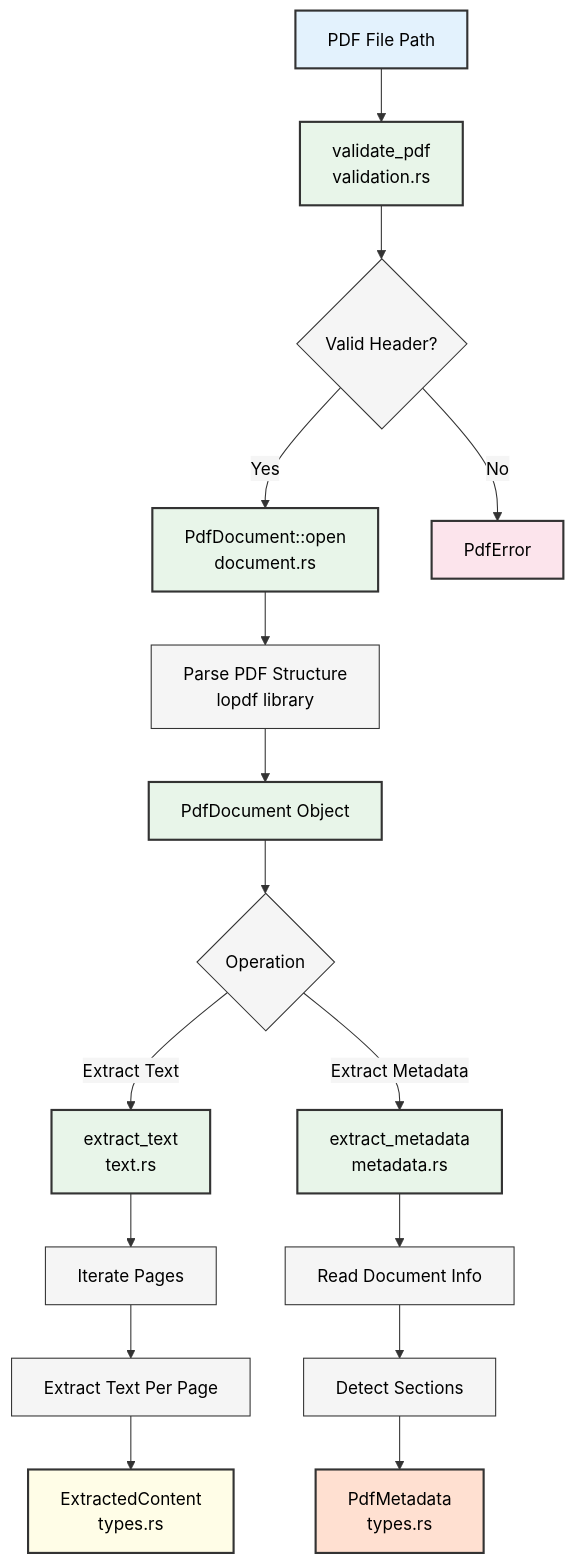
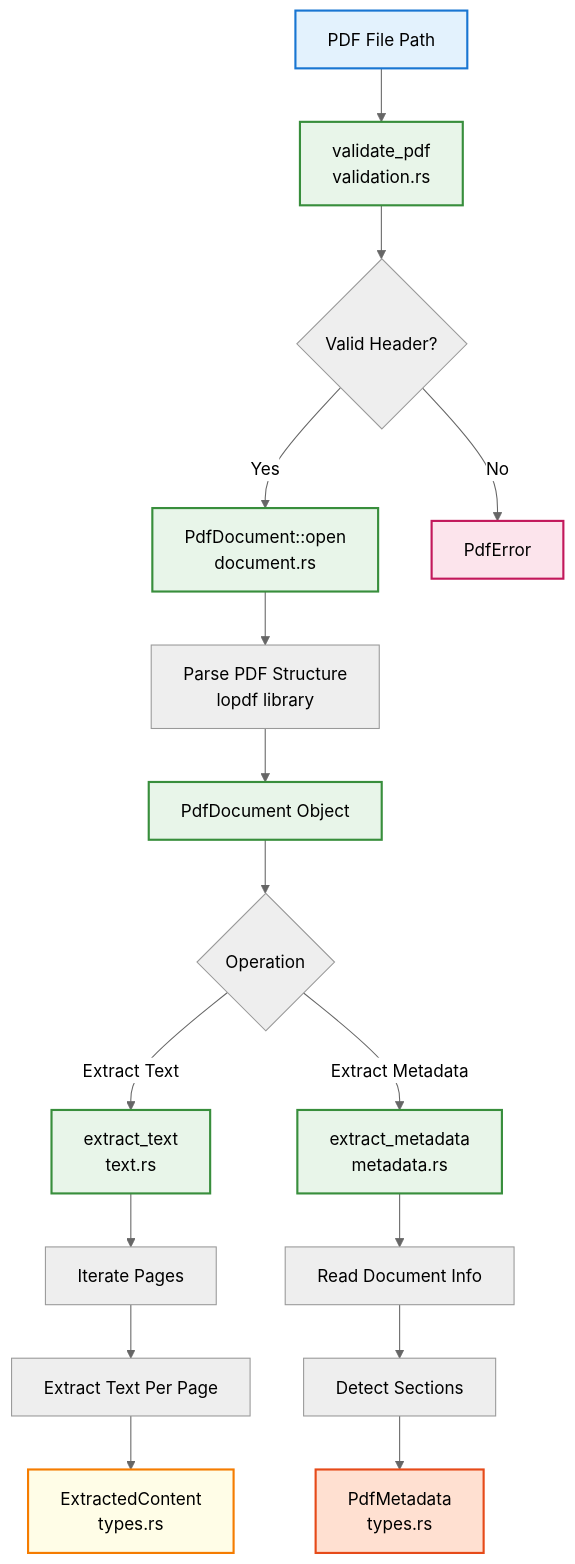
The first of 3 diagrams in wiki/PDF-Processing-Component.md (softwarewrighter/pdf2md), drawn with Mermaid before and after one commit. The commit also changed 7 other files, not shown here.

First line of the commit message:
fix: update mermaid diagrams for GitHub dark mode compatibility

````diff
--- a/wiki/PDF-Processing-Component.md
+++ b/wiki/PDF-Processing-Component.md
@@ -28,33 +28,33 @@
 ```mermaid
-%%{init: {'theme':'base', 'themeVariables': {'primaryColor':'#f5f5f5','primaryTextColor':'#000','primaryBorderColor':'#333','lineColor':'#333','secondaryColor':'#f5f5f5','tertiaryColor':'#f5f5f5'}}}%%
+%%{init: {'theme':'neutral'}}%%
 graph TB
     A[PDF File Path] --> B[validate_pdf<br/>validation.rs]
     B --> C{Valid Header?}
     C -->|Yes| D[PdfDocument::open<br/>document.rs]
     C -->|No| E[PdfError]
 
     D --> F[Parse PDF Structure<br/>lopdf library]
     F --> G[PdfDocument Object]
 
     G --> H{Operation}
     H -->|Extract Text| I[extract_text<br/>text.rs]
     H -->|Extract Metadata| J[extract_metadata<br/>metadata.rs]
 
     I --> K[Iterate Pages]
     K --> L[Extract Text Per Page]
     L --> M[ExtractedContent<br/>types.rs]
 
     J --> N[Read Document Info]
     N --> O[Detect Sections]
     O --> P[PdfMetadata<br/>types.rs]
 
-    style A fill:#e3f2fd,stroke:#333,stroke-width:2px,color:#000
-    style B fill:#e8f5e9,stroke:#333,stroke-width:2px,color:#000
-    style D fill:#e8f5e9,stroke:#333,stroke-width:2px,color:#000
-    style G fill:#e8f5e9,stroke:#333,stroke-width:2px,color:#000
-    style I fill:#e8f5e9,stroke:#333,stroke-width:2px,color:#000
-    style J fill:#e8f5e9,stroke:#333,stroke-width:2px,color:#000
-    style M fill:#fffde7,stroke:#333,stroke-width:2px,color:#000
-    style P fill:#ffe0d1,stroke:#333,stroke-width:2px,color:#000
-    style E fill:#fce4ec,stroke:#333,stroke-width:2px,color:#000
+    style A fill:#e3f2fd,stroke:#1976d2,stroke-width:2px
+    style B fill:#e8f5e9,stroke:#388e3c,stroke-width:2px
+    style D fill:#e8f5e9,stroke:#388e3c,stroke-width:2px
+    style G fill:#e8f5e9,stroke:#388e3c,stroke-width:2px
+    style I fill:#e8f5e9,stroke:#388e3c,stroke-width:2px
+    style J fill:#e8f5e9,stroke:#388e3c,stroke-width:2px
+    style M fill:#fffde7,stroke:#f57c00,stroke-width:2px
+    style P fill:#ffe0d1,stroke:#e64a19,stroke-width:2px
+    style E fill:#fce4ec,stroke:#c2185b,stroke-width:2px
 ```
````
